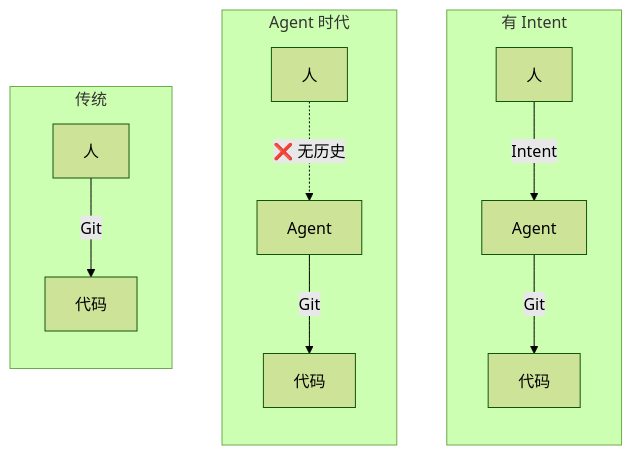
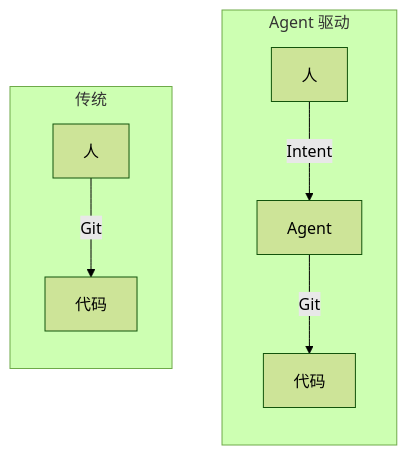
One commit to dozybot001/Intent changed the diagram in README.CN.md. Above: the diagram before and after it, drawn with Mermaid (forest theme). The commit also changed 1 other file, not shown here.

Commit message:
Simplify diagram to two columns with Intent on the connection line
Traditional: Human→Code via Git
Agent-Driven: Human→Agent via Intent, Agent→Code via Git

````diff
--- a/README.CN.md
+++ b/README.CN.md
@@ -17,26 +17,18 @@
 ```mermaid
 flowchart LR
   subgraph traditional["传统"]
     direction TB
     H1["人"]
     C1["代码"]
     H1 -->|"Git"| C1
   end
-  subgraph agent["Agent 时代"]
+  subgraph agent["Agent 驱动"]
     direction TB
     H2["人"]
     AG["Agent"]
     C2["代码"]
-    H2 -."❌ 无历史".-> AG
+    H2 -->|"Intent"| AG
     AG -->|"Git"| C2
   end
-  subgraph withintent["有 Intent"]
-    direction TB
-    H3["人"]
-    AG2["Agent"]
-    C3["代码"]
-    H3 -->|"Intent"| AG2
-    AG2 -->|"Git"| C3
-  end
-  traditional ~~~ agent ~~~ withintent
+  traditional ~~~ agent
 ```
````
